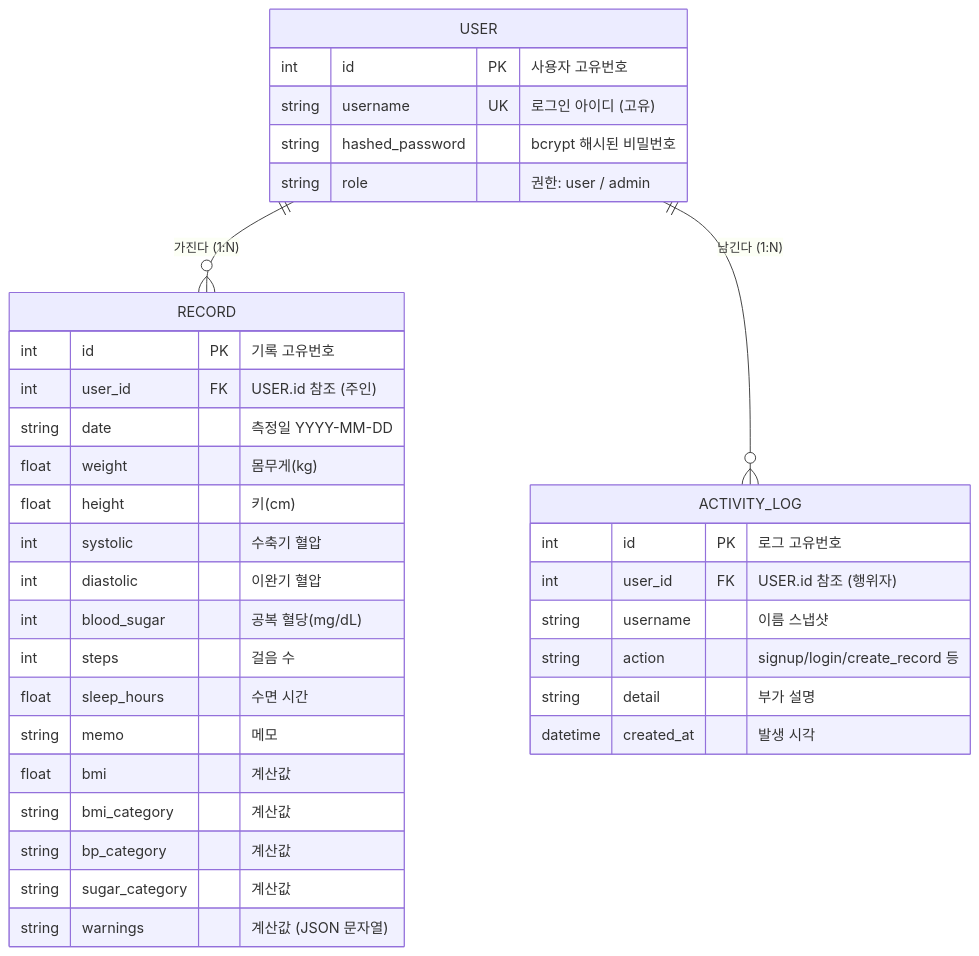
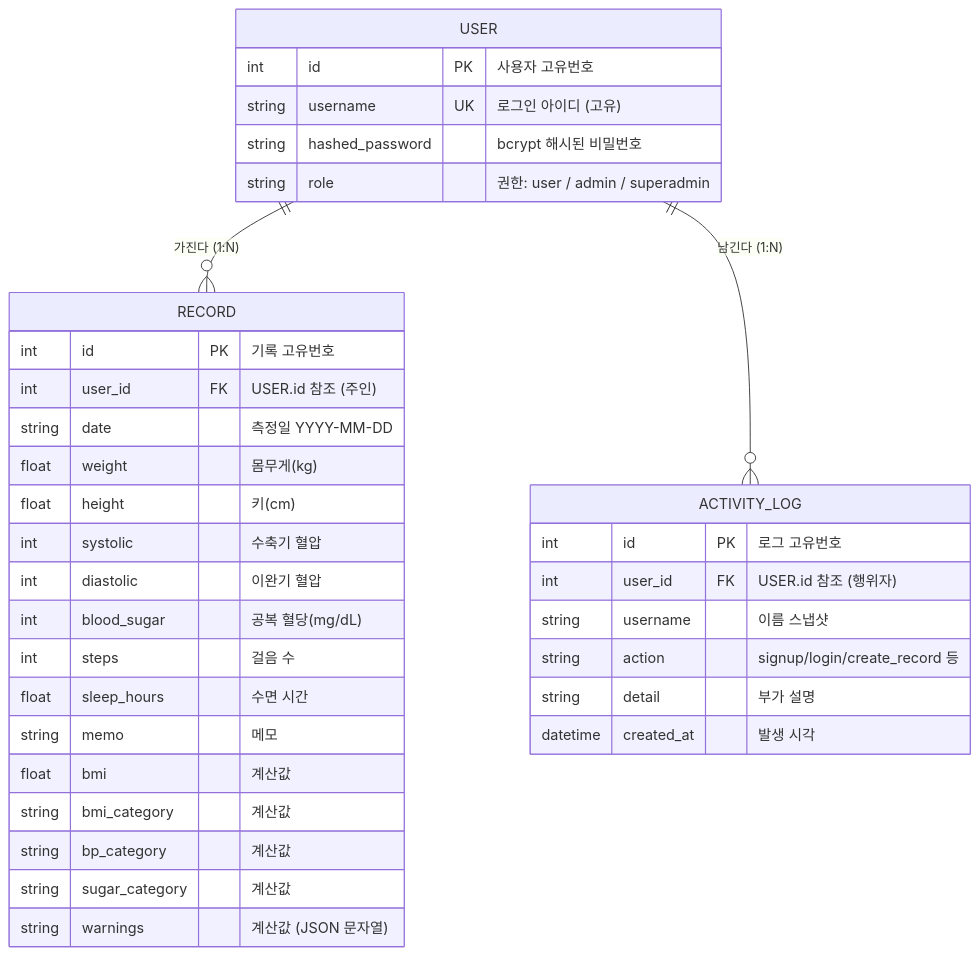
The diagram in docs/ERD.md (jeonkooseong-hue/health-log-api), drawn with Mermaid before and after one commit. The commit also changed other lines of this file and 1 other file, not shown here.

First line of the commit message:
feat: 슈퍼관리자 권한 체계 (user/admin/superadmin)

````diff
--- a/docs/ERD.md
+++ b/docs/ERD.md
@@ -5,40 +5,40 @@
 ```mermaid
 erDiagram
     USER ||--o{ RECORD : "가진다 (1:N)"
     USER ||--o{ ACTIVITY_LOG : "남긴다 (1:N)"
 
     USER {
         int id PK "사용자 고유번호"
         string username UK "로그인 아이디 (고유)"
         string hashed_password "bcrypt 해시된 비밀번호"
-        string role "권한: user / admin"
+        string role "권한: user / admin / superadmin"
     }
 
     RECORD {
         int id PK "기록 고유번호"
         int user_id FK "USER.id 참조 (주인)"
         string date "측정일 YYYY-MM-DD"
         float weight "몸무게(kg)"
         float height "키(cm)"
         int systolic "수축기 혈압"
         int diastolic "이완기 혈압"
         int blood_sugar "공복 혈당(mg/dL)"
         int steps "걸음 수"
         float sleep_hours "수면 시간"
         string memo "메모"
         float bmi "계산값"
         string bmi_category "계산값"
         string bp_category "계산값"
         string sugar_category "계산값"
         string warnings "계산값 (JSON 문자열)"
     }
 
     ACTIVITY_LOG {
         int id PK "로그 고유번호"
         int user_id FK "USER.id 참조 (행위자)"
         string username "이름 스냅샷"
         string action "signup/login/create_record 등"
         string detail "부가 설명"
         datetime created_at "발생 시각"
     }
 ```
````
